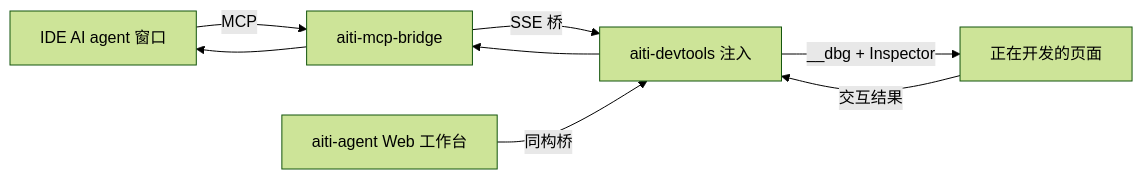
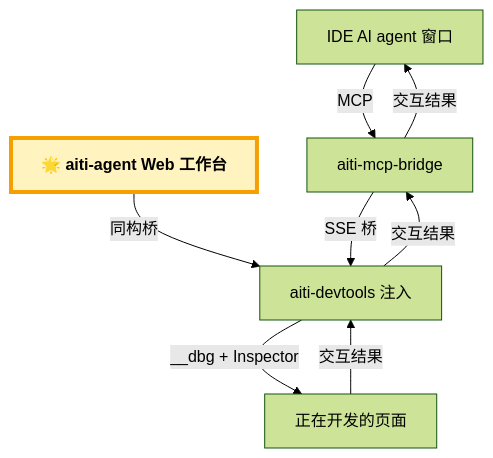
One commit to aiti-ai/aiti-docs changed the diagram in docs/README.md. Above: the diagram before and after it, drawn with Mermaid (forest theme).

Commit message:
feat(P3c): aiti-testagent MCP server (12 tools) + AttachTool + H4 doc updates
- dev-repo/aiti-testagent/mcp-testagent.cjs: stdio MCP（initialize/tools/list/tools/call）
  ta_ping/attach/discover/code/restore/method/eval/conf/status/metrics/threads/profile

````diff
--- a/docs/README.md
+++ b/docs/README.md
@@ -53,8 +53,13 @@
 ```mermaid
-flowchart LR
+flowchart TB
     A[IDE AI agent 窗口] -->|MCP| B[aiti-mcp-bridge]
-    B -->|SSE 桥| C[aiti-devtools 注入]
+    E[🌟 aiti-agent Web 工作台] -->|同构桥| C[aiti-devtools 注入]
+    B -->|SSE 桥| C
     C -->|__dbg + Inspector| D[正在开发的页面]
-    D -->|交互结果| C --> B --> A
-    E[aiti-agent Web 工作台] -->|同构桥| C
+    D -->|交互结果| C
+    C -->|交互结果| B
+    B -->|交互结果| A
+
+    classDef highlight fill:#fff3bf,stroke:#f59f00,stroke-width:4px,font-weight:bold;
+    class E highlight;
 ```
````
